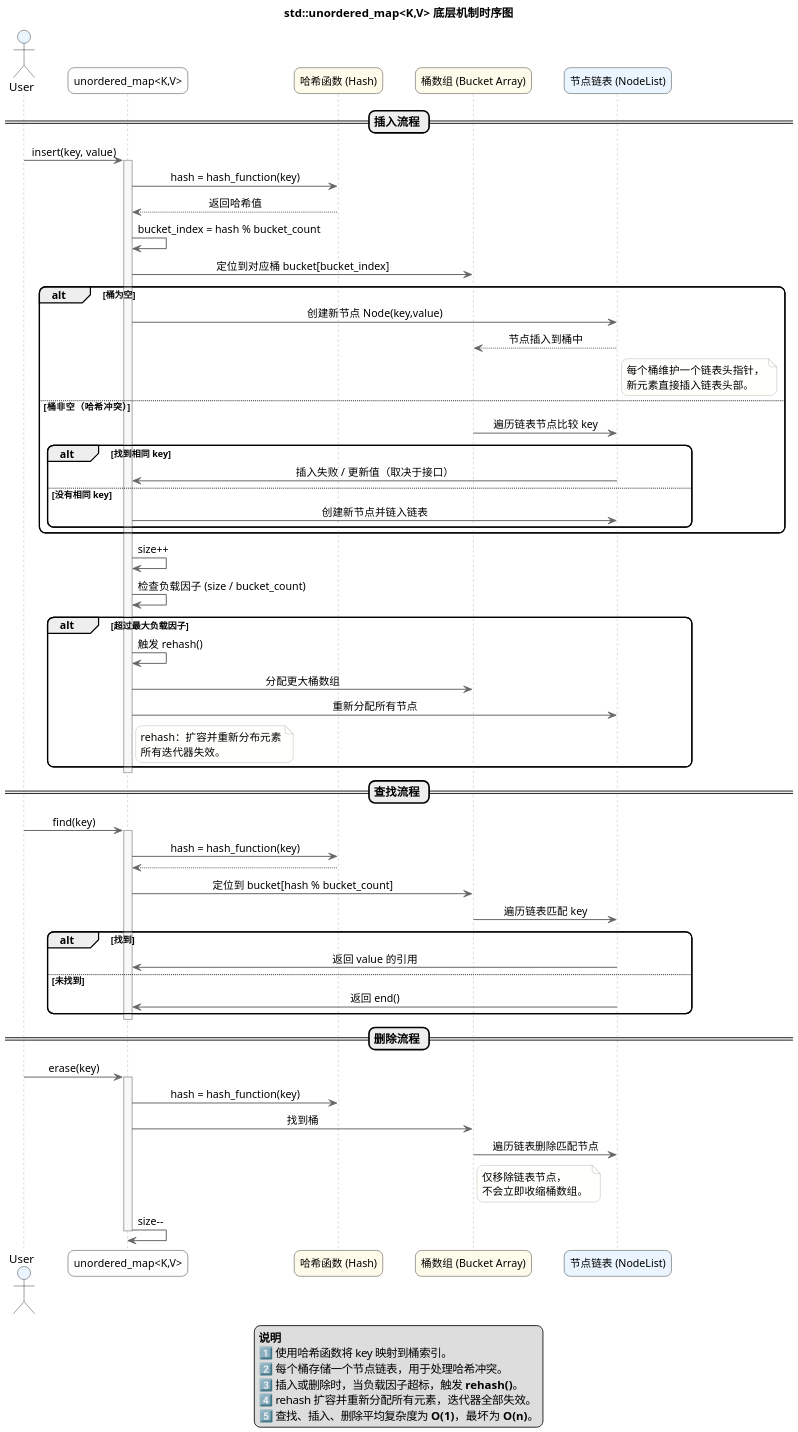
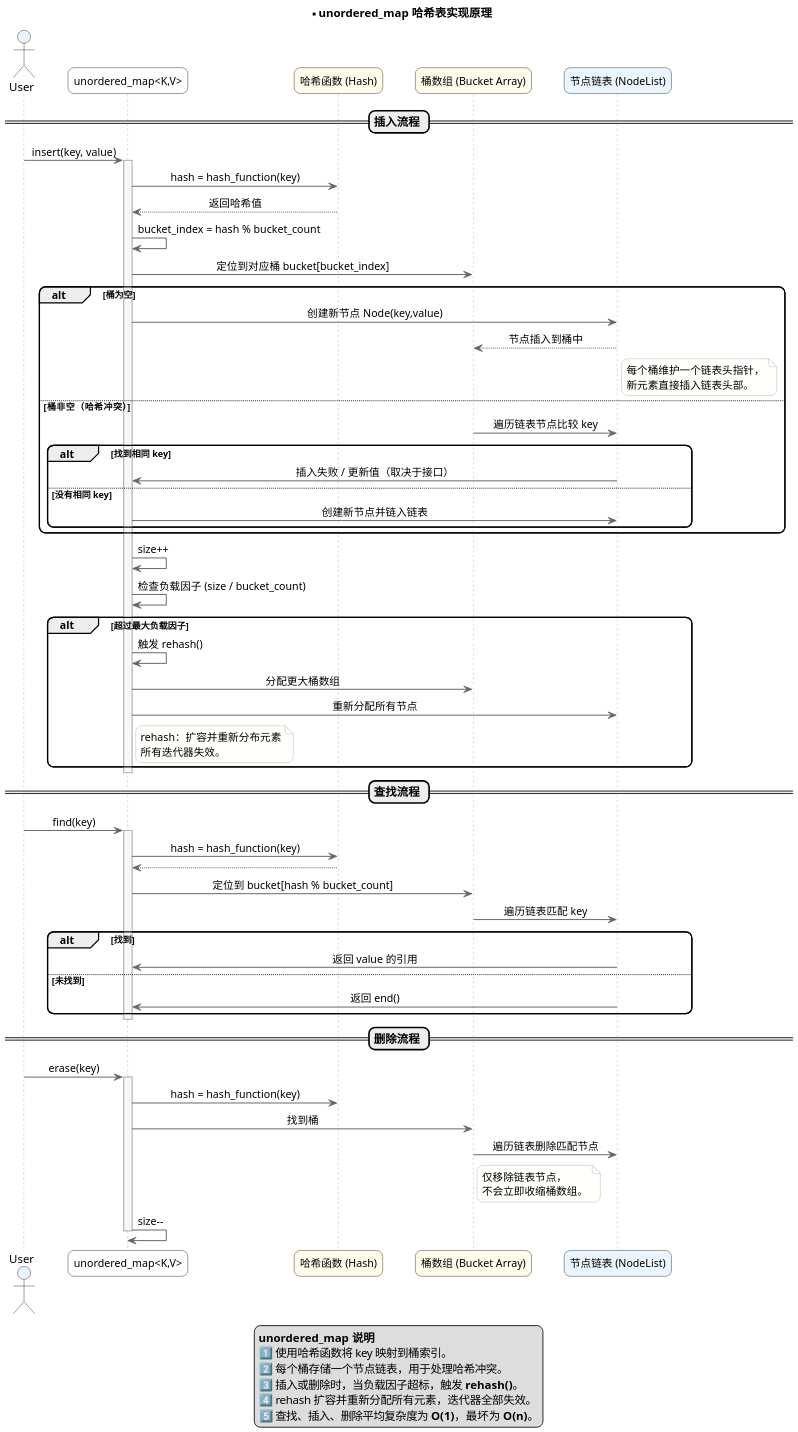
Before and after one commit to wudcx/wudcx.github.io: the tenth of 10 diagrams in public/articles/zh/cpp-stl.md, drawn with PlantUML. The commit also changed other lines of this file and 3 other files, not shown here.

````diff
--- a/public/articles/zh/cpp-stl.md
+++ b/public/articles/zh/cpp-stl.md
@@ -49,7 +991,7 @@
 skinparam ActorFontSize 14
 skinparam SequenceDividerFontSize 14
 
-title **std::unordered_map<K,V> 底层机制时序图**
+title **unordered_map 哈希表实现原理
 
 actor User as U #EAF5FF
 participant "unordered_map<K,V>" as M #FEFEFE
@@ -122,12 +1064,13 @@
 deactivate M
 
 legend center
-**说明**
+**unordered_map 说明**
 1️⃣ 使用哈希函数将 key 映射到桶索引。
 2️⃣ 每个桶存储一个节点链表，用于处理哈希冲突。
 3️⃣ 插入或删除时，当负载因子超标，触发 **rehash()**。
 4️⃣ rehash 扩容并重新分配所有元素，迭代器全部失效。
 5️⃣ 查找、插入、删除平均复杂度为 **O(1)**，最坏为 **O(n)**。
 endlegend
+
 @enduml
 ```
````
